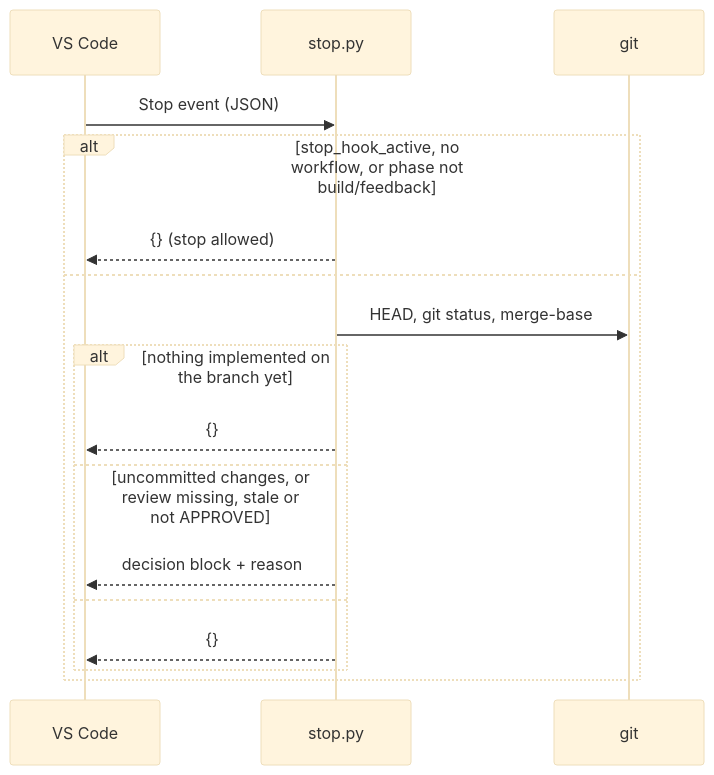
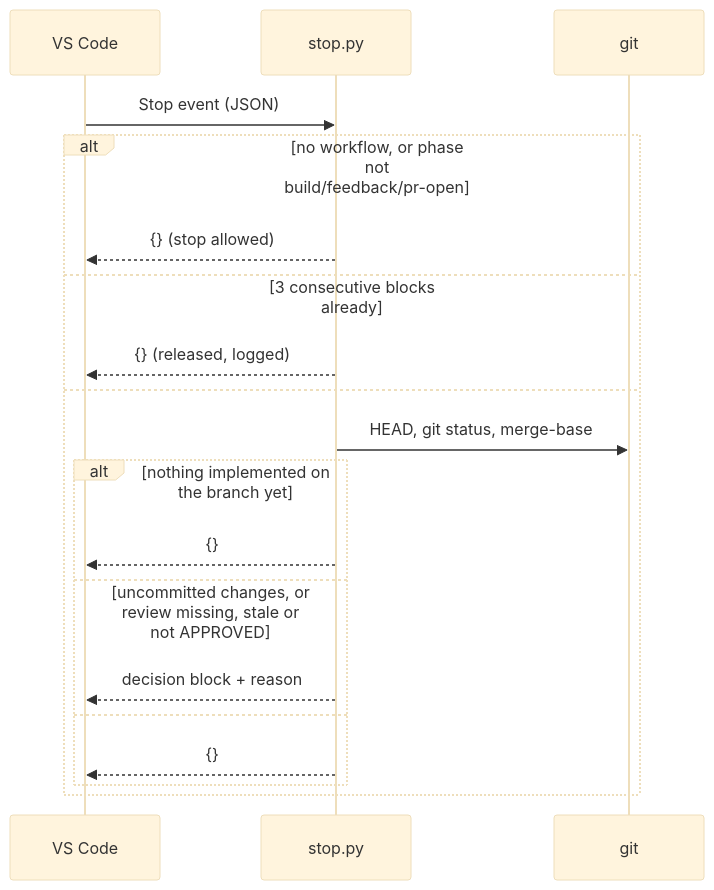
The second of 2 diagrams in docs/architecture/integrations.md (Antonin-Artaud/ai-driven-dev-harness), drawn with Mermaid (base theme) before and after one commit. The commit also changed other lines of this file and 62 other files, not shown here.

````diff
--- a/docs/architecture/integrations.md
+++ b/docs/architecture/integrations.md
@@ -53,19 +53,21 @@
 ```mermaid
 sequenceDiagram
   participant V as VS Code
   participant S as stop.py
   participant G as git
   V->>S: Stop event (JSON)
-  alt stop_hook_active, no workflow, or phase not build/feedback
+  alt no workflow, or phase not build/feedback/pr-open
     S-->>V: {} (stop allowed)
+  else 3 consecutive blocks already
+    S-->>V: {} (released, logged)
   else
     S->>G: HEAD, git status, merge-base
     alt nothing implemented on the branch yet
       S-->>V: {}
     else uncommitted changes, or review missing, stale or not APPROVED
       S-->>V: decision block + reason
     else
       S-->>V: {}
     end
   end
 ```
````
